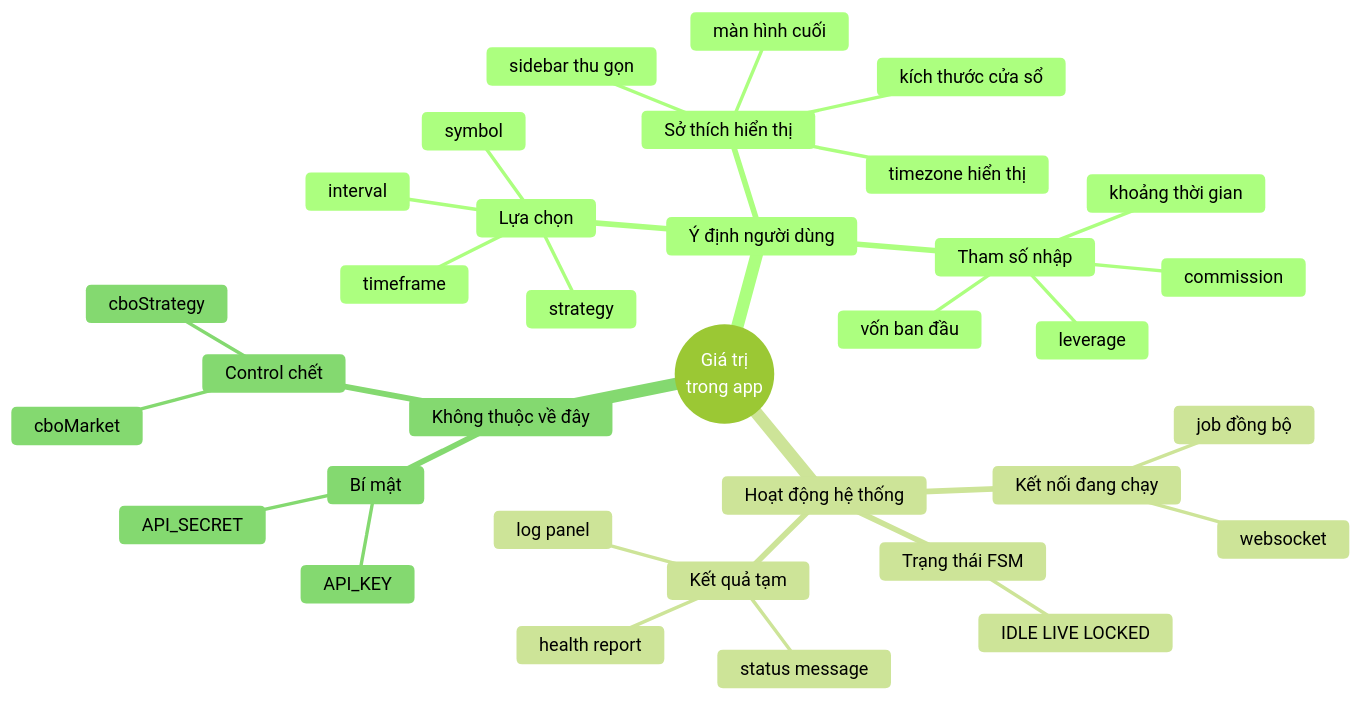
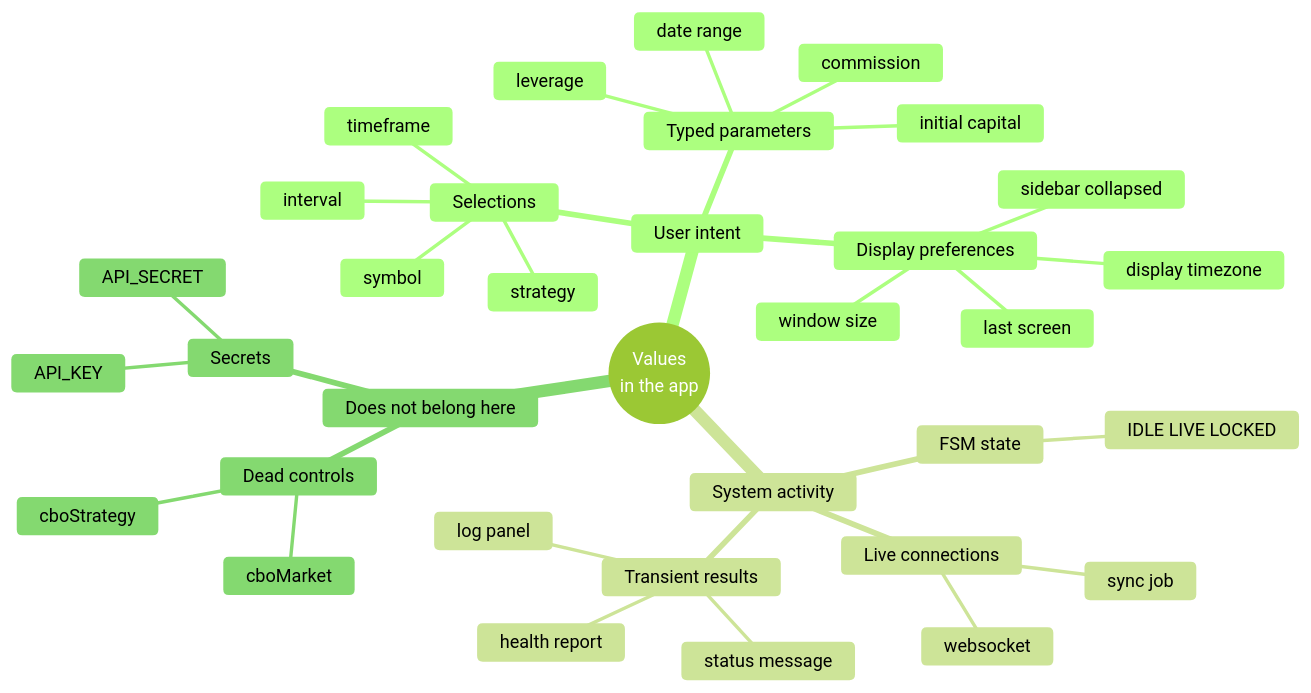
One commit to anhembedded/Sagittarius_Elite_Warrior changed the second of 12 diagrams in Tasks/epics/EPIC-010_ghi_nho_gia_tri_cuoi/design/DESIGN_2026-08-25_ui_state_persistence.md. Above: the diagram before and after it, drawn with Mermaid (forest theme). The commit also changed other lines of this file and 1 other file, not shown here.

````diff
--- a/Tasks/epics/EPIC-010_ghi_nho_gia_tri_cuoi/design/DESIGN_2026-08-25_ui_state_persistence.md
+++ b/Tasks/epics/EPIC-010_ghi_nho_gia_tri_cuoi/design/DESIGN_2026-08-25_ui_state_persistence.md
@@ -127,37 +130,37 @@
 ```mermaid
 mindmap
-  root((Giá trị<br/>trong app))
-    Ý định người dùng
-      Lựa chọn
+  root((Values<br/>in the app))
+    User intent
+      Selections
         symbol
         interval
         strategy
         timeframe
-      Tham số nhập
-        vốn ban đầu
+      Typed parameters
+        initial capital
         commission
         leverage
-        khoảng thời gian
-      Sở thích hiển thị
-        kích thước cửa sổ
-        màn hình cuối
-        sidebar thu gọn
-        timezone hiển thị
-    Hoạt động hệ thống
-      Trạng thái FSM
+        date range
+      Display preferences
+        window size
+        last screen
+        sidebar collapsed
+        display timezone
+    System activity
+      FSM state
         IDLE LIVE LOCKED
-      Kết nối đang chạy
+      Live connections
         websocket
-        job đồng bộ
-      Kết quả tạm
+        sync job
+      Transient results
         log panel
         status message
         health report
-    Không thuộc về đây
-      Bí mật
+    Does not belong here
+      Secrets
         API_KEY
         API_SECRET
-      Control chết
+      Dead controls
         cboMarket
         cboStrategy
 ```
````
